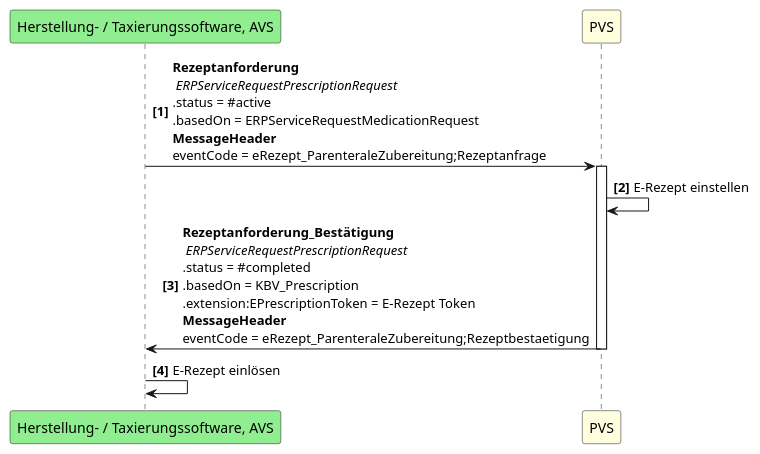
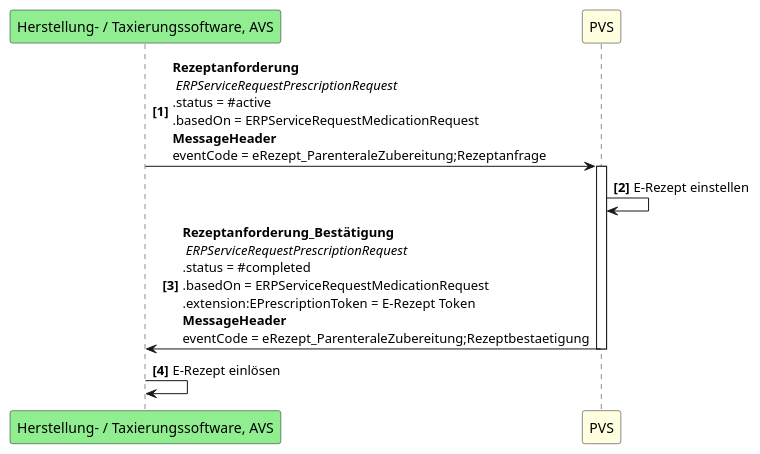
Before and after one commit to gematik/spec-E-Rezept-ServiceRequest: the diagram in Resources/puml/fhir-ig/UseCase Diagrams/UC4.puml, drawn with PlantUML. The commit also changed 21 other files, not shown here.

```diff
--- a/Resources/puml/fhir-ig/UseCase Diagrams/UC4.puml
+++ b/Resources/puml/fhir-ig/UseCase Diagrams/UC4.puml
@@ -1,11 +1,11 @@
 @startuml UC4
 autonumber "<b>[0]"
 participant "Herstellung- / Taxierungssoftware, AVS" as AP #LightGreen
 participant PVS as A #LightYellow
 
 AP -> A++: <b>Rezeptanforderung \n <i>ERPServiceRequestPrescriptionRequest \n.status = #active \n.basedOn = ERPServiceRequestMedicationRequest \n<b>MessageHeader\neventCode = eRezept_ParenteraleZubereitung;Rezeptanfrage
 A -> A: E-Rezept einstellen
-A -> AP--: <b>Rezeptanforderung_Bestätigung \n <i>ERPServiceRequestPrescriptionRequest  \n.status = #completed \n.basedOn = KBV_Prescription \n.extension:EPrescriptionToken = E-Rezept Token\n<b>MessageHeader\neventCode = eRezept_ParenteraleZubereitung;Rezeptbestaetigung
+A -> AP--: <b>Rezeptanforderung_Bestätigung \n <i>ERPServiceRequestPrescriptionRequest  \n.status = #completed \n.basedOn = ERPServiceRequestMedicationRequest \n.extension:EPrescriptionToken = E-Rezept Token\n<b>MessageHeader\neventCode = eRezept_ParenteraleZubereitung;Rezeptbestaetigung
 AP -> AP: E-Rezept einlösen
 
 @enduml
```
